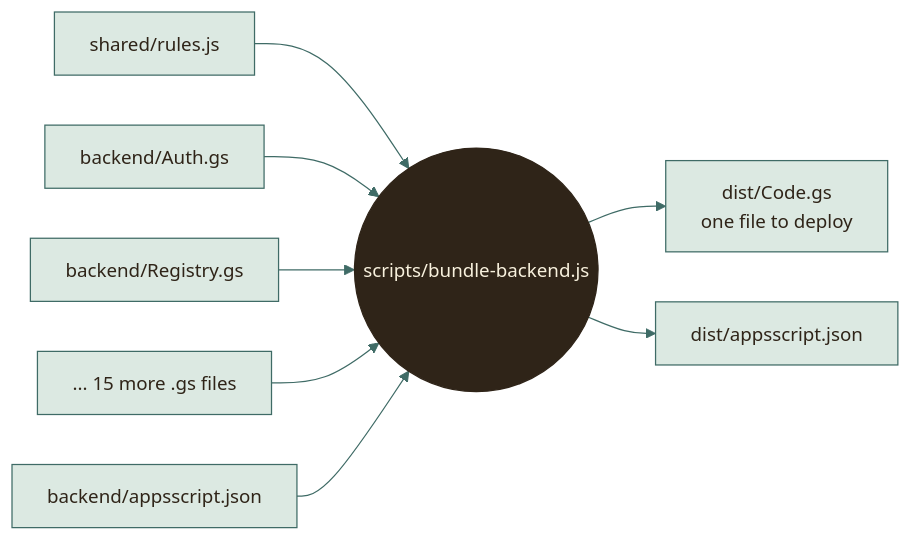
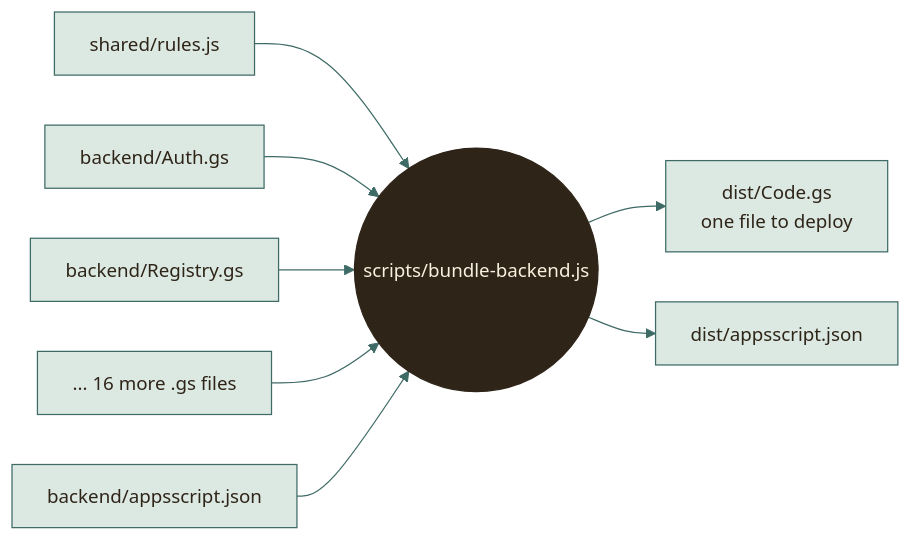
The fourth of 9 diagrams in docs/architecture/WORKAROUNDS.md (moyeh04/forms-platform), drawn with Mermaid before and after one commit. The commit also changed 10 other files, not shown here.

````diff
--- a/docs/architecture/WORKAROUNDS.md
+++ b/docs/architecture/WORKAROUNDS.md
@@ -234,40 +234,40 @@
 ```mermaid
 %%{init: {
   'theme': 'base',
   'themeVariables': {
     'fontFamily': 'ui-sans-serif, system-ui, -apple-system, Segoe UI, Roboto, sans-serif',
     'fontSize': '15px',
     'primaryColor': '#DCE9E2', 'primaryBorderColor': '#3F6B66', 'primaryTextColor': '#2F2418',
     'secondaryColor': '#F0E4C8', 'secondaryBorderColor': '#C9A24A', 'secondaryTextColor': '#2F2418',
     'tertiaryColor': '#F6EFDC', 'tertiaryBorderColor': '#CDBB94', 'tertiaryTextColor': '#2F2418',
     'lineColor': '#3F6B66', 'textColor': '#2F2418', 'mainBkg': '#DCE9E2', 'nodeBorder': '#3F6B66',
     'clusterBkg': '#F6EFDC', 'clusterBorder': '#CDBB94', 'titleColor': '#2F2418',
     'edgeLabelBackground': '#F8F1DD',
     'actorBkg': '#DCE9E2', 'actorBorder': '#3F6B66', 'actorTextColor': '#2F2418', 'actorLineColor': '#8FB3AB',
     'signalColor': '#477A73', 'signalTextColor': '#477A73',
     'labelBoxBkgColor': '#F0E4C8', 'labelBoxBorderColor': '#C9A24A', 'labelTextColor': '#2F2418', 'loopTextColor': '#6A5A44',
     'noteBkgColor': '#FBEFC9', 'noteBorderColor': '#C9A24A', 'noteTextColor': '#2F2418',
     'activationBkgColor': '#DCE9E2', 'activationBorderColor': '#3F6B66', 'sequenceNumberColor': '#F8F1DD',
     'transitionColor': '#3F6B66', 'stateLabelColor': '#2F2418', 'stateBkg': '#DCE9E2', 'altBackground': '#F6EFDC',
     'attributeBackgroundColorOdd': '#F8F1DD', 'attributeBackgroundColorEven': '#F0E4C8'
   },
   'flowchart': {'curve': 'basis', 'padding': 14, 'nodeSpacing': 40, 'rankSpacing': 46},
   'sequence': {'mirrorActors': false, 'messageMargin': 34, 'boxMargin': 8}
 }}%%
 flowchart LR
     r["shared/rules.js"] --> bundle
     b1["backend/Auth.gs"] --> bundle
     b2["backend/Registry.gs"] --> bundle
-    b3["... 15 more .gs files"] --> bundle
+    b3["... 16 more .gs files"] --> bundle
     bundle(("scripts/bundle-backend.js"))
     bundle --> out["dist/Code.gs<br/>one file to deploy"]
     manifest["backend/appsscript.json"] --> bundle
     bundle --> out2["dist/appsscript.json"]
     classDef cDb fill:#F3E2B3,stroke:#B8892D,stroke-width:1.5px,color:#2F2418
     classDef cActor fill:#F4D9D3,stroke:#9A3328,stroke-width:1.5px,color:#2F2418
     classDef cDec fill:#FBEFC9,stroke:#C9A24A,stroke-width:1.5px,color:#2F2418
     classDef cEnd fill:#2F2418,stroke:#2F2418,color:#F8F1DD
     classDef cErr fill:#F6D5CF,stroke:#A12B1F,stroke-width:1.5px,color:#5A140C
     classDef cOk fill:#BFD9CF,stroke:#2E5A55,stroke-width:1.5px,color:#17302D
     class bundle cEnd
 ```
````
